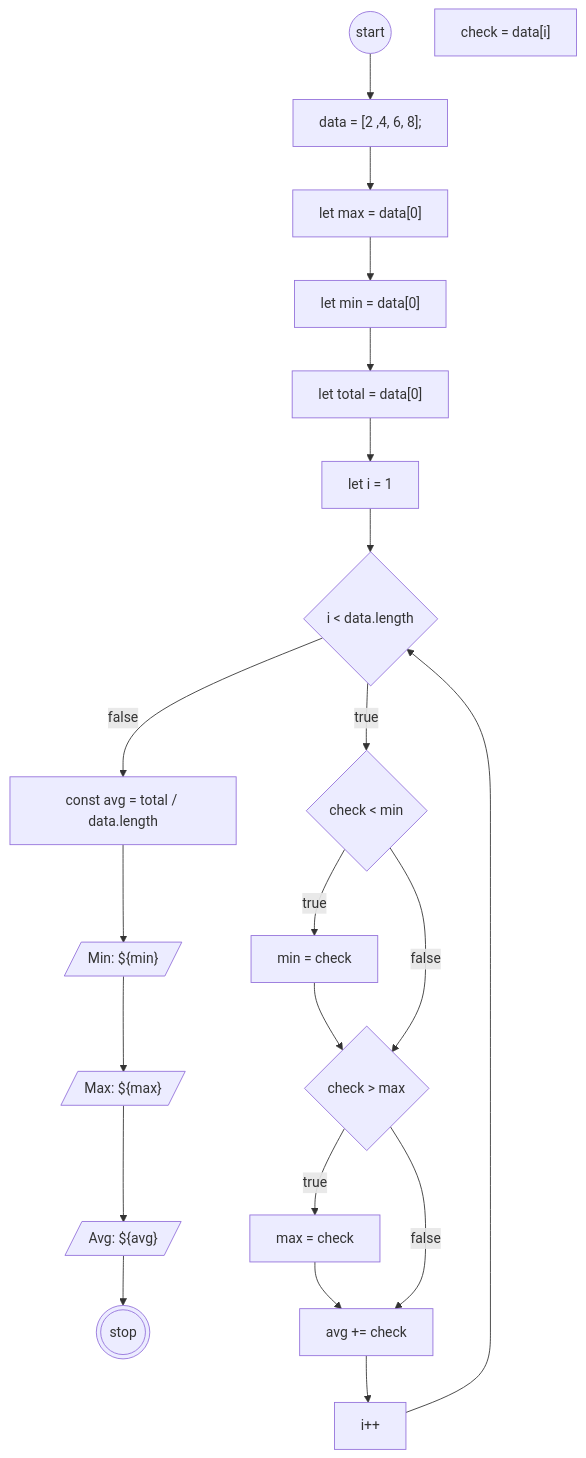
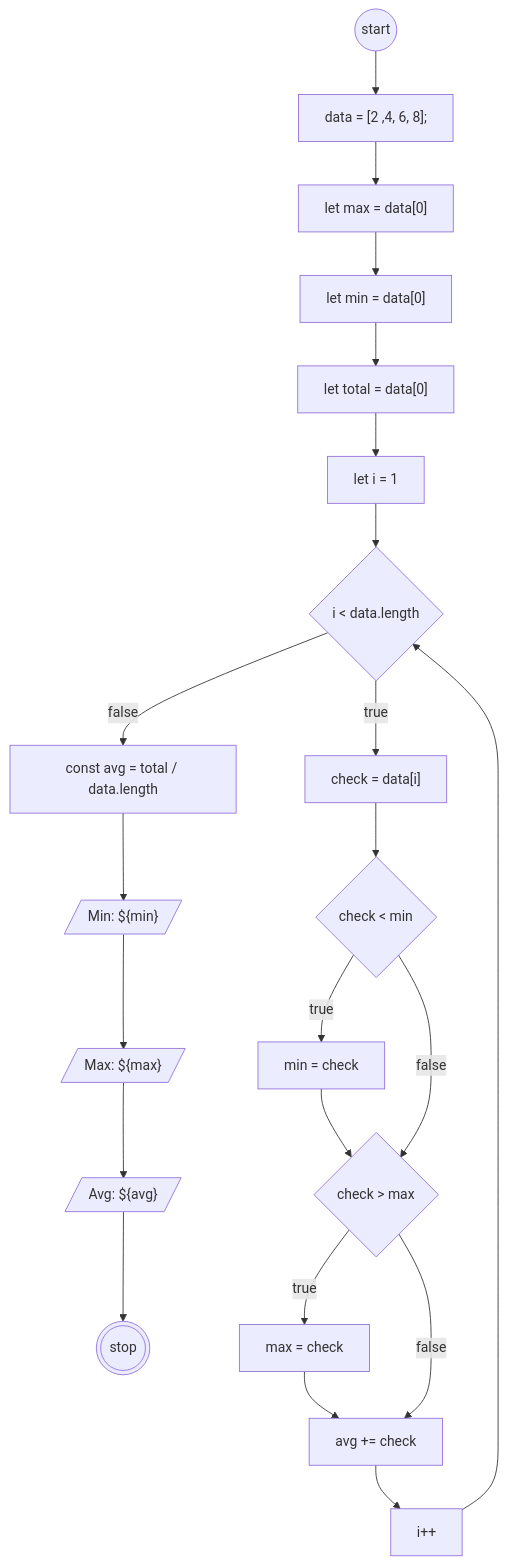
The diagram in README.md (ryansuhartanto/koda-b8-javascript2), drawn with Mermaid before and after one commit.

Commit message:
docs: fix flowchart

````diff
--- a/README.md
+++ b/README.md
@@ -13,49 +13,49 @@
 ```mermaid
 flowchart TD
 
 start@{shape: circle}
 stop@{shape: dbl-circ}
 
 data@{shape: rect, label: "data = [2 ,4, 6, 8];"}
 
 init-min@{shape: rect, label: "let max = data[0]"}
 init-max@{shape: rect, label: "let min = data[0]"}
 init-total@{shape: rect, label: "let total = data[0]"}
 
 loop-1@{shape: rect, label: "let i = 1"}
 loop-2@{shape: diamond, label: "i < data.length"}
 loop-3@{shape: rect, label: "i++"}
 
 check@{shape: rect, label: "check = data[i]"}
 
 check-min@{shape: diamond, label: "check < min"}
 min@{shape: rect, label: "min = check"}
 
 check-max@{shape: diamond, label: "check > max"}
 max@{shape: rect, label: "max = check"}
 
 total@{shape: rect, label: "avg += check"}
 
 avg@{shape: rect, label: "const avg = total / data.length"}
 log-min@{shape: lean-r, label: "Min: ${min}"}
 log-max@{shape: lean-r, label: "Max: ${max}"}
 log-avg@{shape: lean-r, label: "Avg: ${avg}"}
 
 start-->data
 -->init-min-->init-max-->init-total
 
 -->loop-1-->loop-2
 
-loop-2--true
+loop-2--true-->check
 -->check-min--true-->min
 -->check-max--true-->max
 -->total
 -->loop-3-->loop-2
 
 check-min--false-->check-max--false-->total
 
 loop-2--false-->avg
 -->log-min-->log-max-->log-avg
 -->stop
 
 ```
````
